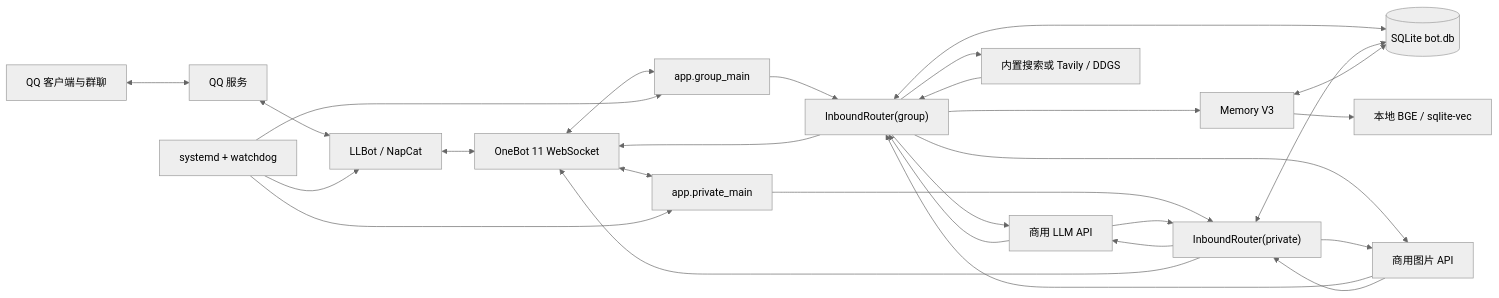
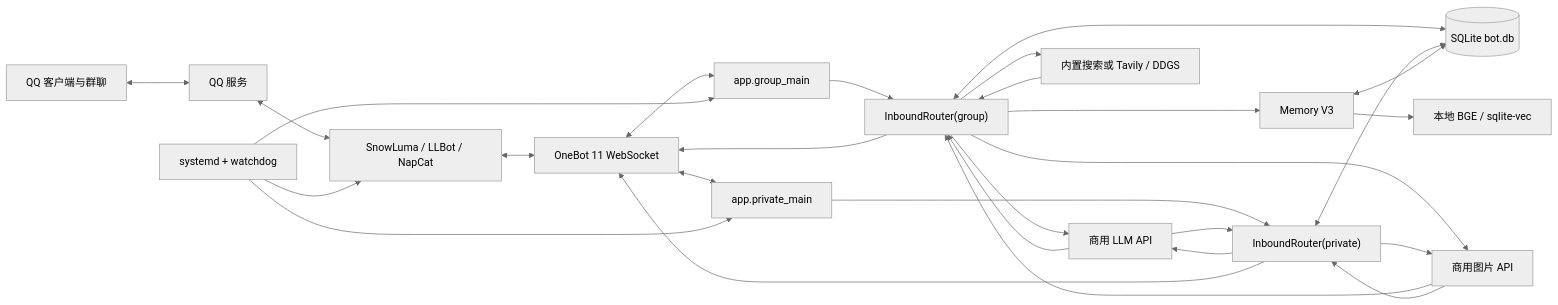
One commit to MagicIndex135731/Komachi-qq-aibot changed the first of 3 diagrams in docs/ARCHITECTURE.md. Above: the diagram before and after it, drawn with Mermaid (neutral theme). The commit also changed other lines of this file and 6 other files, not shown here.

````diff
--- a/docs/ARCHITECTURE.md
+++ b/docs/ARCHITECTURE.md
@@ -24,30 +24,30 @@
 ```mermaid
 flowchart LR
     QQ["QQ 客户端与群聊"] <--> Server["QQ 服务"]
-    Server <--> Gateway["LLBot / NapCat"]
+    Server <--> Gateway["SnowLuma / LLBot / NapCat"]
     Gateway <--> OB["OneBot 11 WebSocket"]
     OB <--> Group["app.group_main"]
     OB <--> Private["app.private_main"]
     Group --> Router["InboundRouter(group)"]
     Private --> PrivateRouter["InboundRouter(private)"]
     Router <--> DB[("SQLite bot.db")]
     PrivateRouter <--> DB
     Router --> Memory["Memory V3"]
     Memory <--> DB
     Memory --> Embed["本地 BGE / sqlite-vec"]
     Router --> LLM["商用 LLM API"]
     PrivateRouter --> LLM
     Router --> Search["内置搜索或 Tavily / DDGS"]
     Router --> Image["商用图片 API"]
     PrivateRouter --> Image
     LLM --> Router
     LLM --> PrivateRouter
     Search --> Router
     Image --> Router
     Image --> PrivateRouter
     Router --> OB
     PrivateRouter --> OB
     Watchdog["systemd + watchdog"] --> Gateway
     Watchdog --> Group
     Watchdog --> Private
 ```
````
